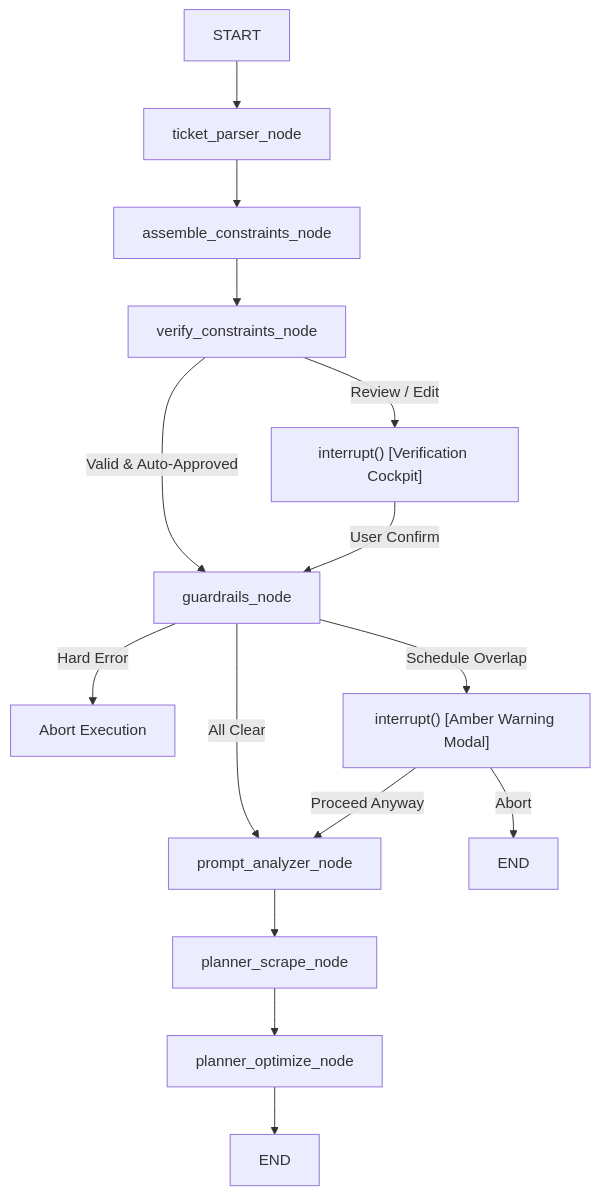
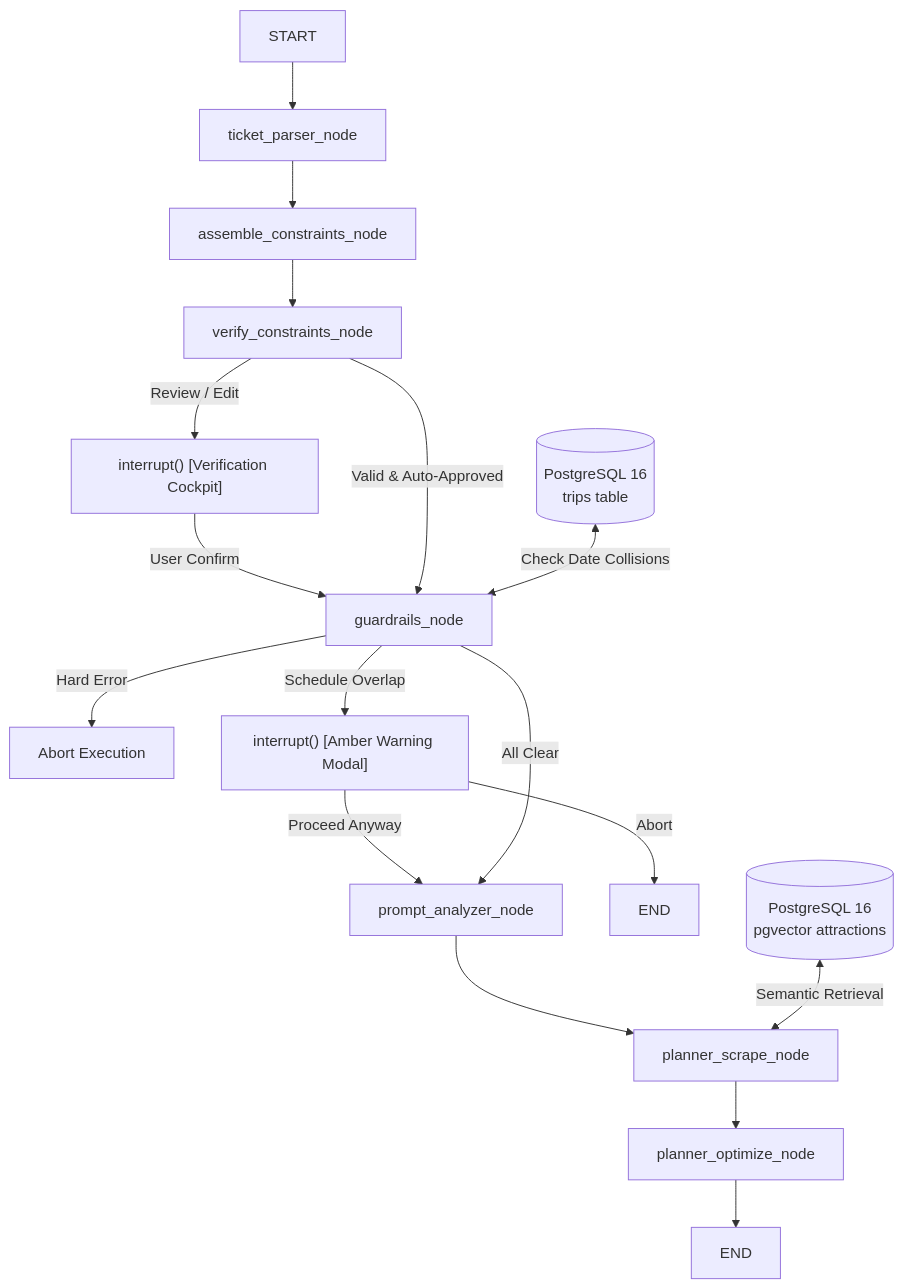
One commit to Leandro-Juan/paladio changed the diagram in docs/reference/langgraph-swarm-architecture.md. Above: the diagram before and after it, drawn with Mermaid. The commit also changed 1 other file, not shown here.

Commit message:
docs: update LangGraph architecture diagrams with DB collision flow

````diff
--- a/docs/reference/langgraph-swarm-architecture.md
+++ b/docs/reference/langgraph-swarm-architecture.md
@@ -38,17 +38,23 @@
 ```mermaid
 graph TD
     START --> TP["ticket_parser_node"]
     TP --> AC["assemble_constraints_node"]
     AC --> VC["verify_constraints_node"]
     VC -->|"Review / Edit"| IN1["interrupt() [Verification Cockpit]"]
     IN1 -->|"User Confirm"| GR["guardrails_node"]
     VC -->|"Valid & Auto-Approved"| GR
+    
+    DB_TRIPS[("PostgreSQL 16<br/>trips table")] <-->|"Check Date Collisions"| GR
+    
     GR -->|"Hard Error"| END_ERR["Abort Execution"]
     GR -->|"Schedule Overlap"| IN2["interrupt() [Amber Warning Modal]"]
     IN2 -->|"Proceed Anyway"| PA["prompt_analyzer_node"]
     IN2 -->|"Abort"| END_ABORT["END"]
     GR -->|"All Clear"| PA
+    
     PA --> PS["planner_scrape_node"]
+    DB_POIS[("PostgreSQL 16<br/>pgvector attractions")] <-->|"Semantic Retrieval"| PS
+    
     PS --> PO["planner_optimize_node"]
     PO --> END
 ```
````
